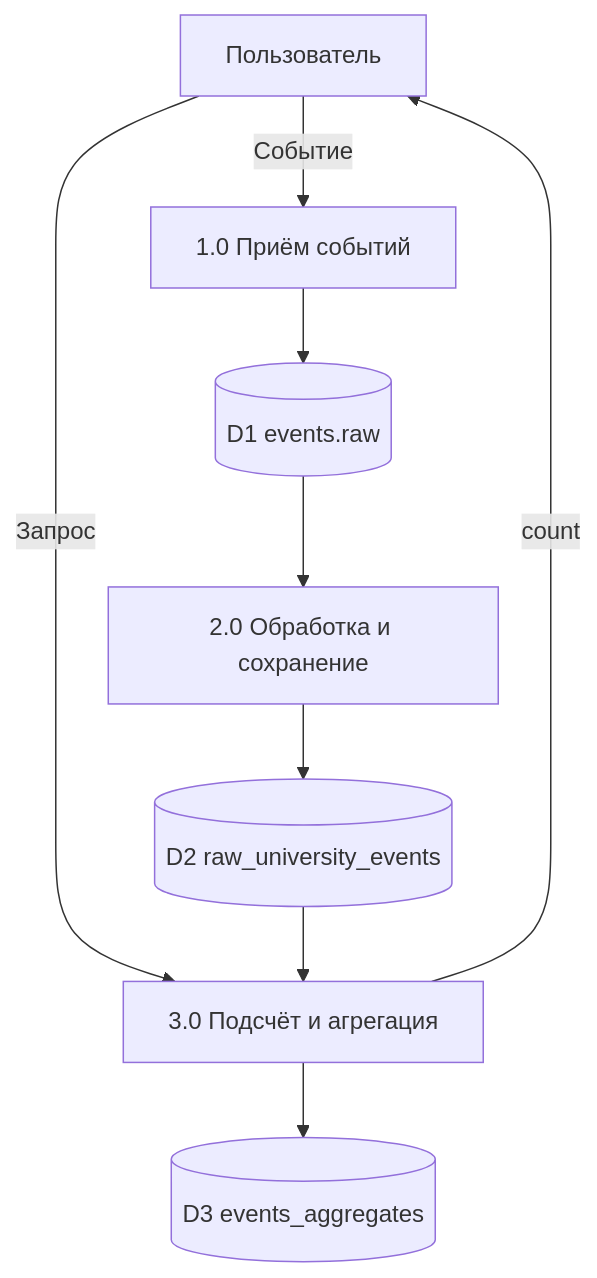
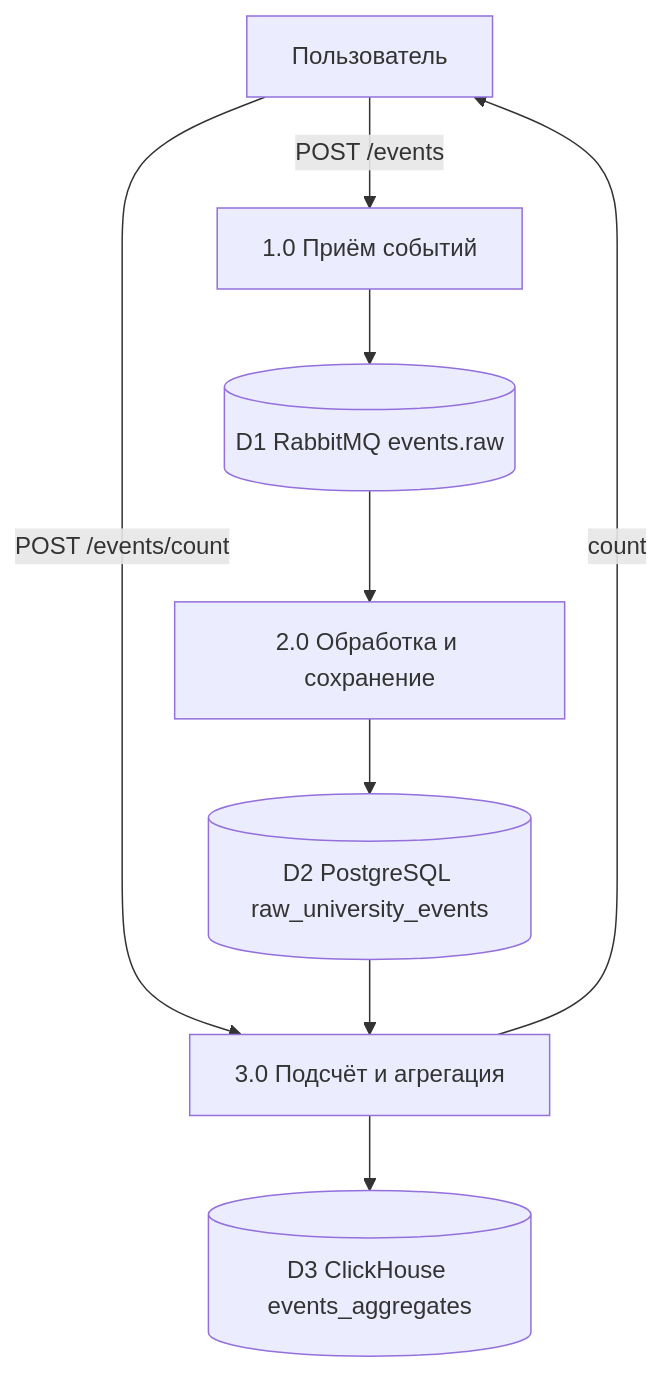
The diagram in docs/opisanie-programmy.md (kmoxville/RKSP), drawn with Mermaid before and after one commit. The commit also changed other lines of this file and 2 other files, not shown here.

````diff
--- a/docs/opisanie-programmy.md
+++ b/docs/opisanie-programmy.md
@@ -55,18 +42,18 @@
 ```mermaid
 flowchart TB
     User[Пользователь]
     P1["1.0 Приём событий"]
     P2["2.0 Обработка и сохранение"]
     P3["3.0 Подсчёт и агрегация"]
-    D1[("D1 events.raw")]
-    D2[("D2 raw_university_events")]
-    D3[("D3 events_aggregates")]
-    User -->|Событие| P1
+    D1[("D1 RabbitMQ events.raw")]
+    D2[("D2 PostgreSQL raw_university_events")]
+    D3[("D3 ClickHouse events_aggregates")]
+    User -->|POST /events| P1
     P1 --> D1
     D1 --> P2
     P2 --> D2
-    User -->|Запрос| P3
+    User -->|POST /events/count| P3
     D2 --> P3
     P3 --> D3
     P3 -->|count| User
 ```
````
